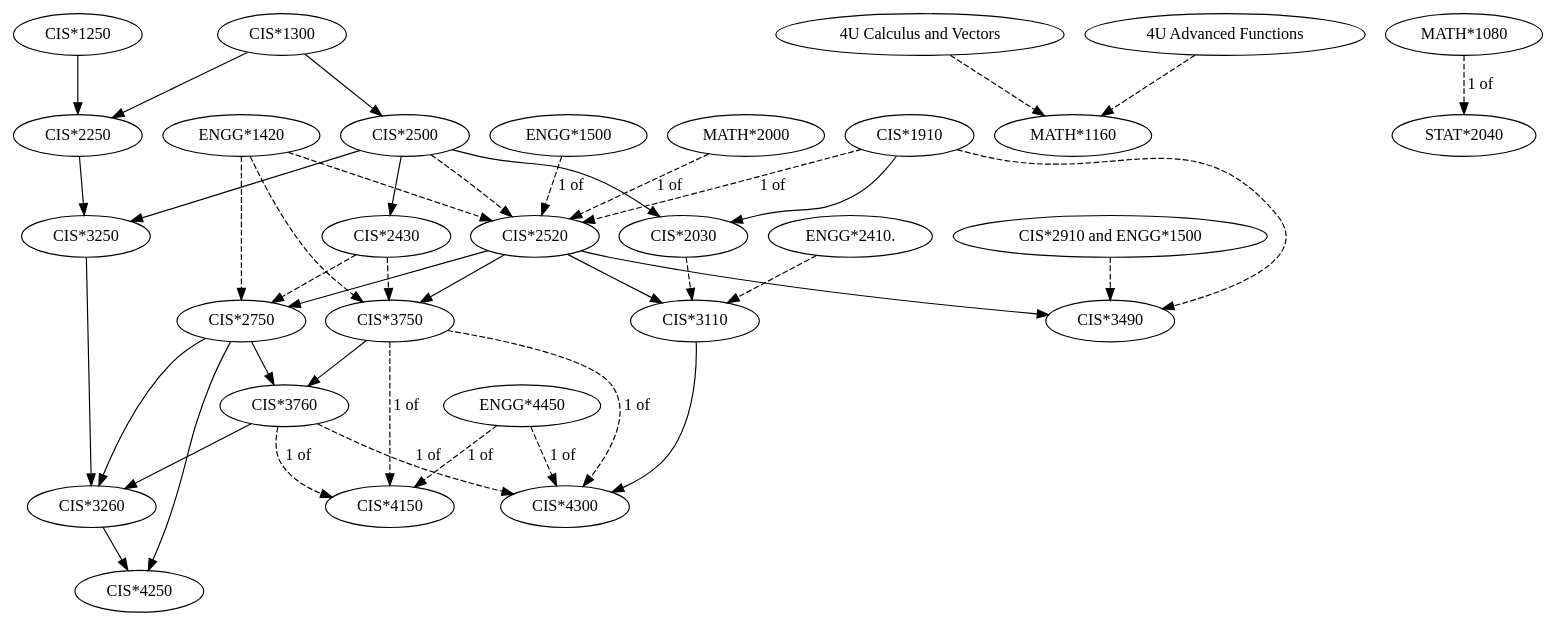
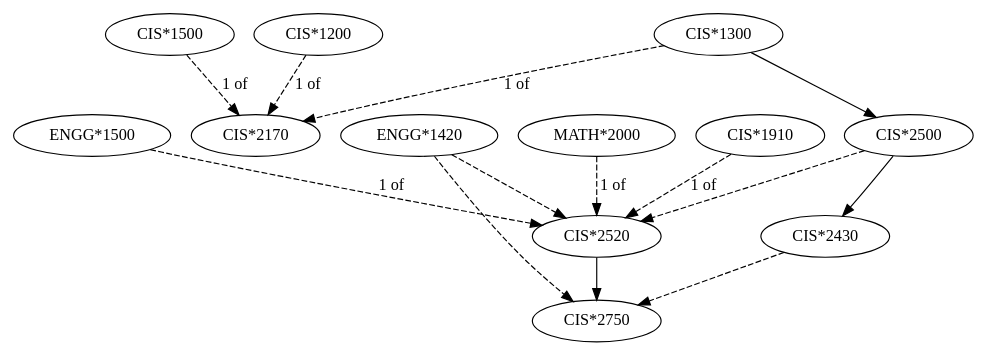
The diagram in output.dot (adamsox/graphsite), drawn with Graphviz before and after one commit. The commit also changed 100 other files, not shown here.

```diff
--- a/output.dot
+++ b/output.dot
@@ -1,64 +1,21 @@
 digraph CourseMap {
-"CIS*1250"
 "CIS*1300"
 "CIS*1910"
-"CIS*2250"
-"CIS*1250" -> "CIS*2250" [style=solid]
-"CIS*1300" -> "CIS*2250" [style=solid]
-"CIS*2500"
-"CIS*1300" -> "CIS*2500" [style=solid]
-"MATH*1160"
-"4U Calculus and Vectors" -> "MATH*1160" [style=dashed]
-"4U Advanced Functions" -> "MATH*1160" [style=dashed]
-"CIS*2030"
-"CIS*1910" -> "CIS*2030" [style=solid]
-"CIS*2500" -> "CIS*2030" [style=solid]
+"CIS*2170"
+"CIS*1200" -> "CIS*2170" [style=dashed] [label="1 of"]
+"CIS*1300" -> "CIS*2170" [style=dashed] [label="1 of"]
+"CIS*1500" -> "CIS*2170" [style=dashed] [label="1 of"]
 "CIS*2430"
 "CIS*2500" -> "CIS*2430" [style=solid]
+"CIS*1300" -> "CIS*2500" [style=solid]
 "CIS*2520"
 "CIS*2500" -> "CIS*2520" [style=dashed]
 "ENGG*1420" -> "CIS*2520" [style=dashed]
 "CIS*1910" -> "CIS*2520" [style=dashed] [label="1 of"]
 "ENGG*1500" -> "CIS*2520" [style=dashed] [label="1 of"]
 "MATH*2000" -> "CIS*2520" [style=dashed] [label="1 of"]
-"CIS*3250"
-"CIS*2250" -> "CIS*3250" [style=solid]
-"CIS*2500" -> "CIS*3250" [style=solid]
 "CIS*2750"
 "CIS*2520" -> "CIS*2750" [style=solid]
 "CIS*2430" -> "CIS*2750" [style=dashed]
 "ENGG*1420" -> "CIS*2750" [style=dashed]
-"CIS*3110"
-"CIS*2520" -> "CIS*3110" [style=solid]
-"CIS*2030" -> "CIS*3110" [style=dashed]
-"ENGG*2410." -> "CIS*3110" [style=dashed]
-"CIS*3490"
-"CIS*1910" -> "CIS*3490" [style=dashed]
-"CIS*2910 and ENGG*1500" -> "CIS*3490" [style=dashed]
-"CIS*2520" -> "CIS*3490" [style=solid]
-"CIS*3750"
-"CIS*2520" -> "CIS*3750" [style=solid]
-"CIS*2430" -> "CIS*3750" [style=dashed]
-"ENGG*1420" -> "CIS*3750" [style=dashed]
-"STAT*2040"
-"MATH*1080" -> "STAT*2040" [style=dashed] [label="1 of"]
-"CIS*3760"
-"CIS*2750" -> "CIS*3760" [style=solid]
-"CIS*3750" -> "CIS*3760" [style=solid]
-"CIS*3260"
-"CIS*2750" -> "CIS*3260" [style=solid]
-"CIS*3250" -> "CIS*3260" [style=solid]
-"CIS*3760" -> "CIS*3260" [style=solid]
-"CIS*4150"
-"CIS*3750" -> "CIS*4150" [style=dashed] [label="1 of"]
-"CIS*3760" -> "CIS*4150" [style=dashed] [label="1 of"]
-"ENGG*4450" -> "CIS*4150" [style=dashed] [label="1 of"]
-"CIS*4300"
-"CIS*3110" -> "CIS*4300" [style=solid]
-"CIS*3750" -> "CIS*4300" [style=dashed] [label="1 of"]
-"CIS*3760" -> "CIS*4300" [style=dashed] [label="1 of"]
-"ENGG*4450" -> "CIS*4300" [style=dashed] [label="1 of"]
-"CIS*4250"
-"CIS*2750" -> "CIS*4250" [style=solid]
-"CIS*3260" -> "CIS*4250" [style=solid]
 }
```
